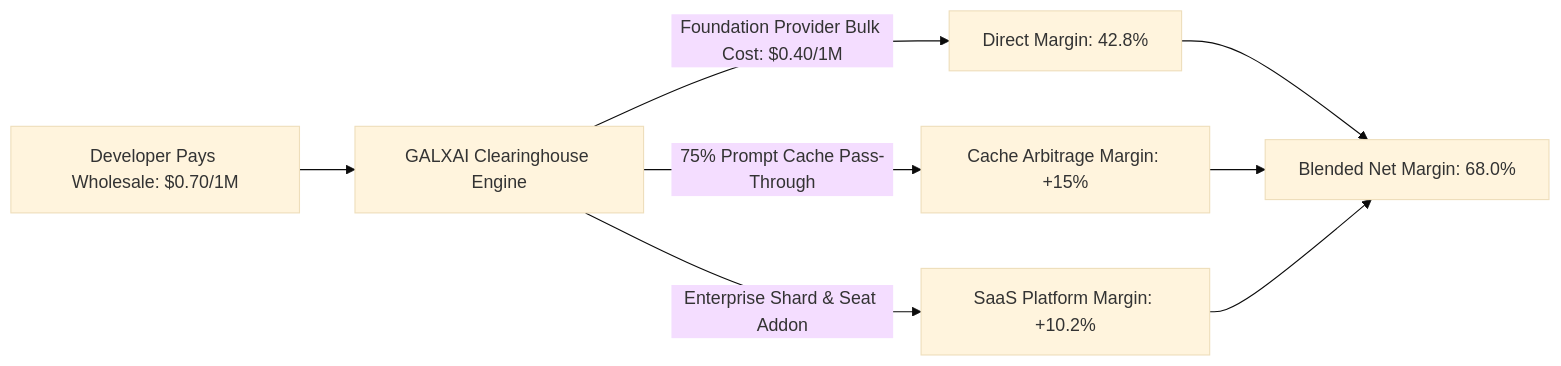
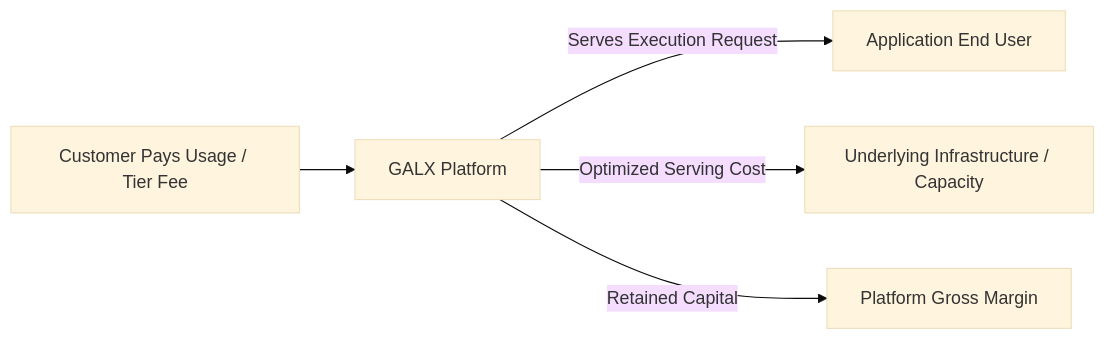
Before and after one commit to CardSorting/GALXAI: the diagram in docs/investors/04_UNIT_ECONOMICS_CAC_LTV_PAYBACK.md, drawn with Mermaid (base theme). The commit also changed other lines of this file and 48 other files, not shown here.

````diff
--- a/docs/investors/04_UNIT_ECONOMICS_CAC_LTV_PAYBACK.md
+++ b/docs/investors/04_UNIT_ECONOMICS_CAC_LTV_PAYBACK.md
@@ -68,8 +18,7 @@
 ```mermaid
 flowchart LR
-    A[Developer Pays Wholesale: $0.70/1M] --> B[GALXAI Clearinghouse Engine]
-    B -->|Foundation Provider Bulk Cost: $0.40/1M| C[Direct Margin: 42.8%]
-    B -->|75% Prompt Cache Pass-Through| D[Cache Arbitrage Margin: +15%]
-    B -->|Enterprise Shard & Seat Addon| E[SaaS Platform Margin: +10.2%]
-    C & D & E --> F[Blended Net Margin: 68.0%]
+    A[Customer Pays Usage / Tier Fee] --> B[GALX Platform]
+    B -->|Serves Execution Request| C[Application End User]
+    B -->|Optimized Serving Cost| D[Underlying Infrastructure / Capacity]
+    B -->|Retained Capital| E[Platform Gross Margin]
 ```
````
